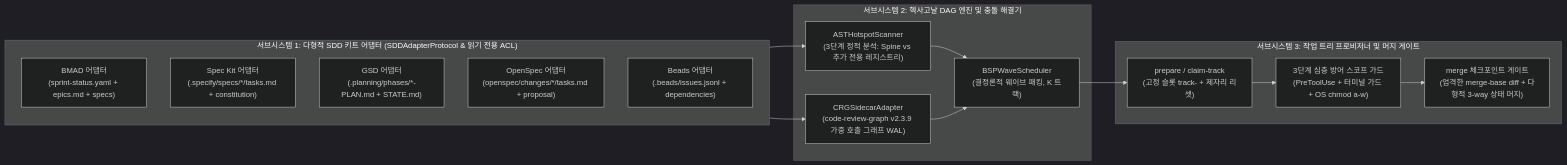
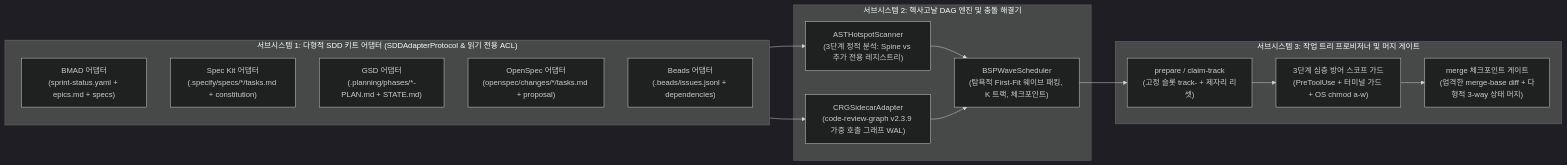
One commit to stopActingSoSmall/sdd-parallel changed the diagram in docs/i18n/ko/ARCHITECTURE.md. Above: the diagram before and after it, drawn with Mermaid (dark theme). The commit also changed other lines of this file and 31 other files, not shown here.

````diff
--- a/docs/i18n/ko/ARCHITECTURE.md
+++ b/docs/i18n/ko/ARCHITECTURE.md
@@ -23,27 +23,27 @@
 ```mermaid
 flowchart LR
     subgraph Adapters["서브시스템 1: 다형적 SDD 키트 어댑터 (SDDAdapterProtocol & 읽기 전용 ACL)"]
         A1["BMAD 어댑터\n(sprint-status.yaml + epics.md + specs)"]
         A2["Spec Kit 어댑터\n(.specify/specs/*/tasks.md + constitution)"]
         A3["GSD 어댑터\n(.planning/phases/*-PLAN.md + STATE.md)"]
         A4["OpenSpec 어댑터\n(openspec/changes/*/tasks.md + proposal)"]
         A5["Beads 어댑터\n(.beads/issues.jsonl + dependencies)"]
     end
 
     subgraph Engine["서브시스템 2: 헥사고날 DAG 엔진 및 충돌 해결기"]
         E1["ASTHotspotScanner\n(3단계 정적 분석: Spine vs 추가 전용 레지스트리)"]
         E2["CRGSidecarAdapter\n(code-review-graph v2.3.9 가중 호출 그래프 WAL)"]
-        E3["BSPWaveScheduler\n(결정론적 웨이브 패킹, K 트랙)"]
+        E3["BSPWaveScheduler\n(탐욕적 First-Fit 웨이브 패킹, K 트랙, 체크포인트)"]
     end
 
     subgraph Actuation["서브시스템 3: 작업 트리 프로비저너 및 머지 게이트"]
         W1["prepare / claim-track\n(고정 슬롯 track-<id> + 제자리 리셋)"]
         W2["3단계 심층 방어 스코프 가드\n(PreToolUse + 터미널 가드 + OS chmod a-w)"]
         W3["merge 체크포인트 게이트\n(엄격한 merge-base diff + 다형적 3-way 상태 머지)"]
     end
 
     Adapters --> E1 & E2
     E1 & E2 --> E3
     E3 --> W1
     W1 --> W2 --> W3
 ```
````
